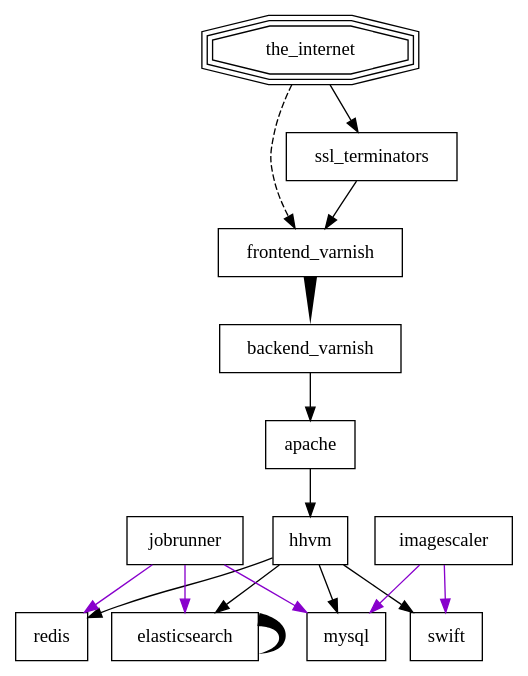
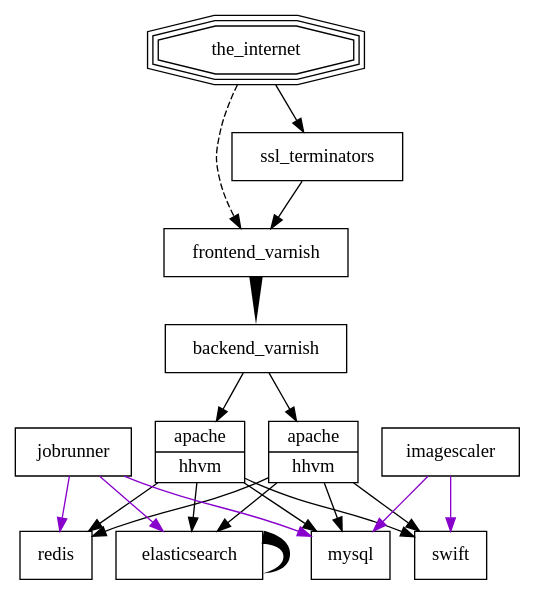
Before and after one commit to nik9000/wikimedia_diagram: the diagram in diagram.dot, drawn with Graphviz. The commit also changed 1 other file, not shown here.

Commit message:
Split web and api traffic

```diff
--- a/diagram.dot
+++ b/diagram.dot
@@ -1,22 +1,23 @@
 digraph WMF {
   splines=true;
   sep = 1;
   node [shape=box];
   subgraph web_traffic {
     the_internet -> ssl_terminators;
     the_internet -> frontend_varnish [style=dashed];
     ssl_terminators -> frontend_varnish;
     frontend_varnish -> backend_varnish [style=tapered, penwidth=10, arrowhead=none];
-    backend_varnish -> apache;
-    apache -> hhvm;
-    hhvm -> {mysql, redis, elasticsearch, swift};
+    backend_varnish -> {web:apache, api:hhvm};
+    {web:hhvm, api:hhvm} -> {mysql, redis, elasticsearch, swift};
     elasticsearch -> elasticsearch [style=tapered, penwidth=10, arrowhead=none];
   }
   subgraph jobs {
     edge [color="#8800cc"]
     jobrunner -> {mysql, redis, elasticsearch};
     imagescaler -> {mysql, swift};
   }
 
   the_internet [shape=tripleoctagon];
+  web [shape=record, label="{<apache>apache | <hhvm>hhvm}"]
+  api [shape=record, label="{<apache>apache | <hhvm>hhvm}"]
 }
```
